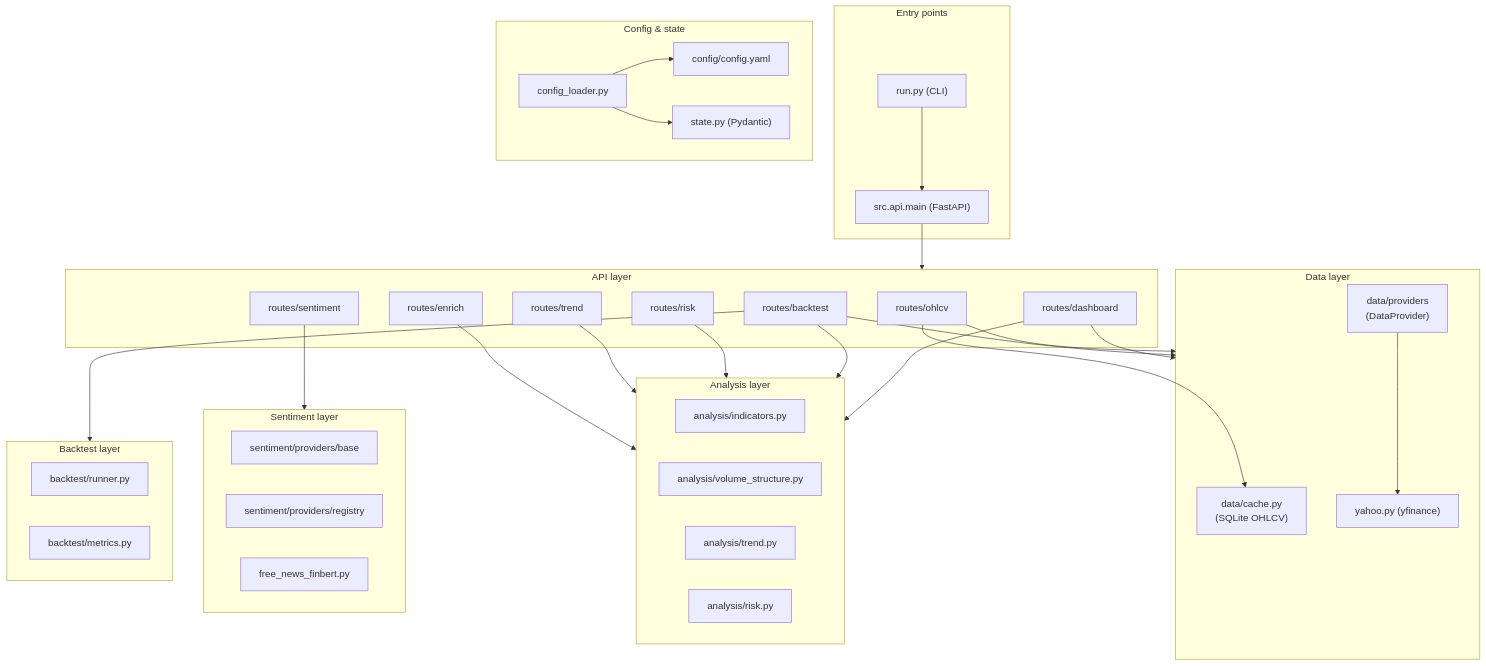
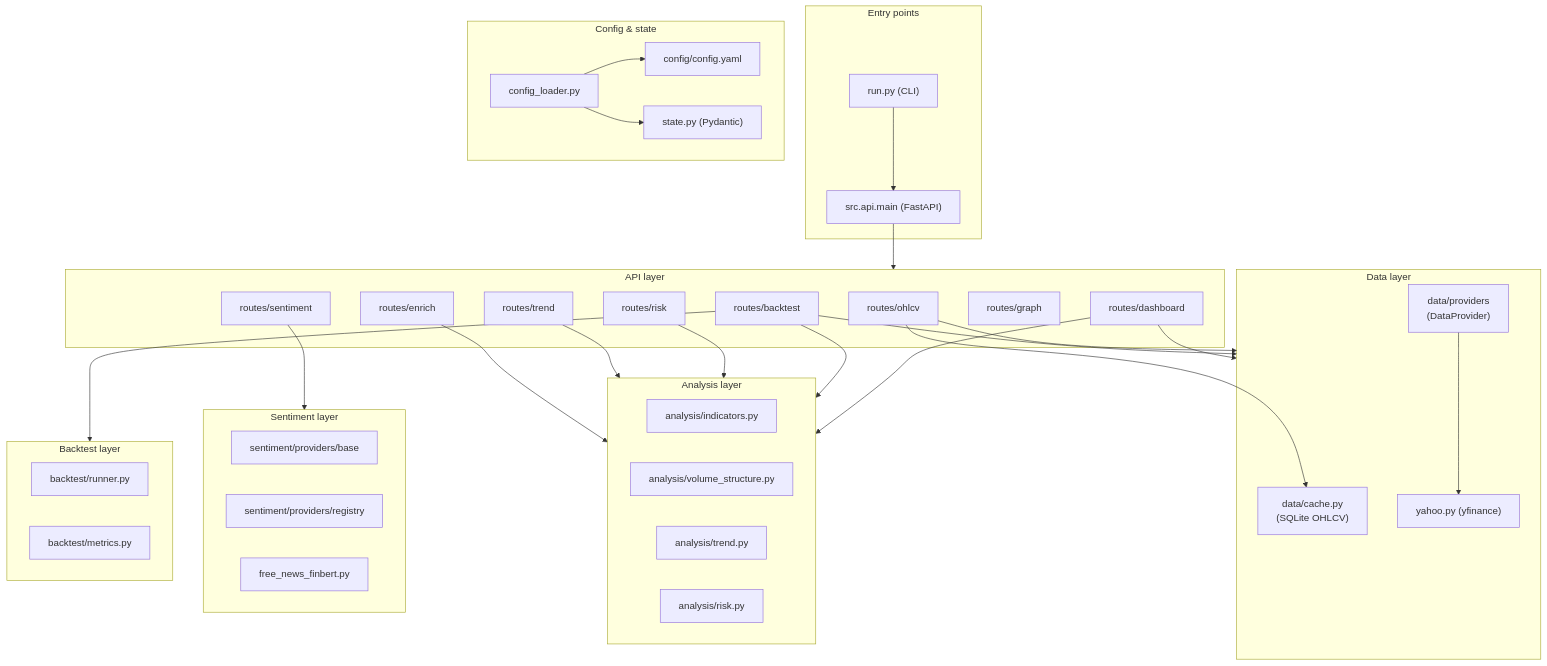
One commit to vaghblogger/stockAnalyser changed the fourth of 7 diagrams in ARCHITECTURE.md. Above: the diagram before and after it, drawn with Mermaid. The commit also changed other lines of this file and 21 other files, not shown here.

First line of the commit message:
Sync docs and code: graph module, cache, API routes, static assets, CHANGE_SUMMARY

````diff
--- a/ARCHITECTURE.md
+++ b/ARCHITECTURE.md
@@ -118,66 +109,67 @@
 ```mermaid
 flowchart TB
     subgraph Entry["Entry points"]
         Main["src.api.main (FastAPI)"]
         Run["run.py (CLI)"]
     end
 
     subgraph API_Layer["API layer"]
         OHLCV_R["routes/ohlcv"]
         Enrich_R["routes/enrich"]
         Sentiment_R["routes/sentiment"]
         Trend_R["routes/trend"]
         Risk_R["routes/risk"]
         Backtest_R["routes/backtest"]
+        Graph_R["routes/graph"]
         Dashboard_R["routes/dashboard"]
     end
 
     subgraph Data_Layer["Data layer"]
         Cache["data/cache.py\n(SQLite OHLCV)"]
         Prov["data/providers\n(DataProvider)"]
         YahooProv["yahoo.py (yfinance)"]
     end
 
     subgraph Analysis_Layer["Analysis layer"]
         Ind["analysis/indicators.py"]
         Vol["analysis/volume_structure.py"]
         Trend_A["analysis/trend.py"]
         Risk_A["analysis/risk.py"]
     end
 
     subgraph Sentiment_Layer["Sentiment layer"]
         SentBase["sentiment/providers/base"]
         SentReg["sentiment/providers/registry"]
         FreeNews["free_news_finbert.py"]
     end
 
     subgraph Backtest_Layer["Backtest layer"]
         Runner["backtest/runner.py"]
         Metrics["backtest/metrics.py"]
     end
 
     subgraph Config["Config & state"]
         ConfigLoader["config_loader.py"]
         State["state.py (Pydantic)"]
         YAML["config/config.yaml"]
     end
 
     Main --> API_Layer
     Run --> Main
 
     OHLCV_R --> Data_Layer
     Enrich_R --> Analysis_Layer
     Sentiment_R --> Sentiment_Layer
     Trend_R --> Analysis_Layer
     Risk_R --> Analysis_Layer
     Backtest_R --> Backtest_Layer
     Backtest_R --> Data_Layer
     Backtest_R --> Analysis_Layer
     Dashboard_R --> Data_Layer
     Dashboard_R --> Analysis_Layer
 
     Prov --> YahooProv
     OHLCV_R --> Cache
     ConfigLoader --> YAML
     ConfigLoader --> State
 ```
````
